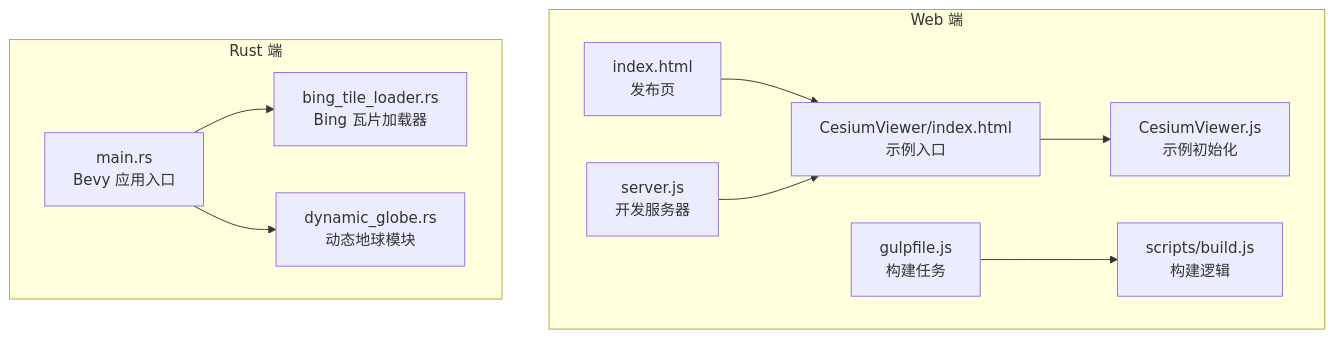
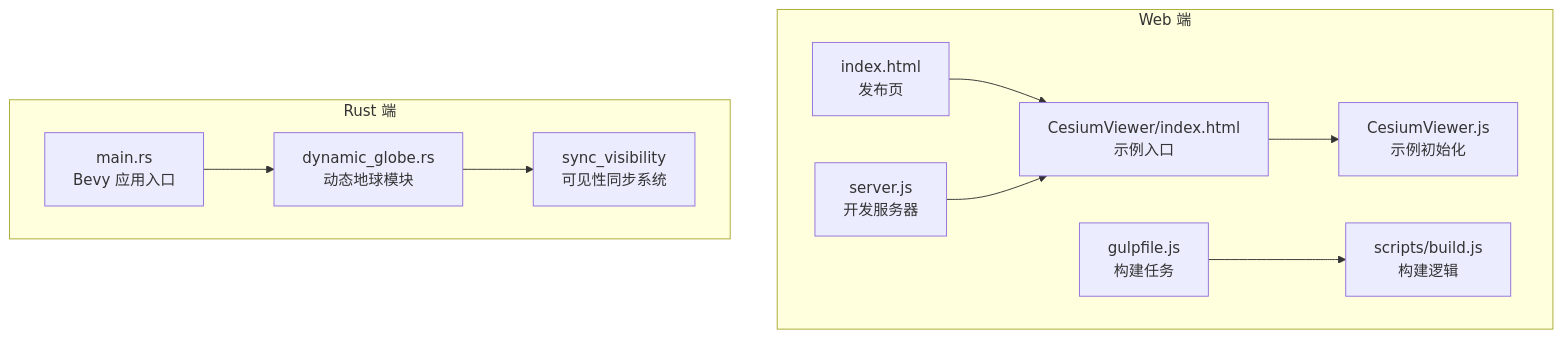
The first of 5 diagrams in .qoder/repowiki/zh/content/项目概述/项目介绍/应用程序主入口.md (rzhangjing/cesium), drawn with Mermaid before and after one commit. The commit also changed other lines of this file and 16 other files, not shown here.

````diff
--- a/.qoder/repowiki/zh/content/项目概述/项目介绍/应用程序主入口.md
+++ b/.qoder/repowiki/zh/content/项目概述/项目介绍/应用程序主入口.md
@@ -50,14 +49,14 @@
 ```mermaid
 graph TB
 subgraph "Web 端"
 A["index.html<br/>发布页"] --> B["CesiumViewer/index.html<br/>示例入口"]
 B --> C["CesiumViewer.js<br/>示例初始化"]
 D["server.js<br/>开发服务器"] --> B
 E["gulpfile.js<br/>构建任务"] --> F["scripts/build.js<br/>构建逻辑"]
 end
 subgraph "Rust 端"
 R["main.rs<br/>Bevy 应用入口"]
-R --> R1["bing_tile_loader.rs<br/>Bing 瓦片加载器"]
-R --> R2["dynamic_globe.rs<br/>动态地球模块"]
+R --> R1["dynamic_globe.rs<br/>动态地球模块"]
+R1 --> R2["sync_visibility<br/>可见性同步系统"]
 end
 ```
````
